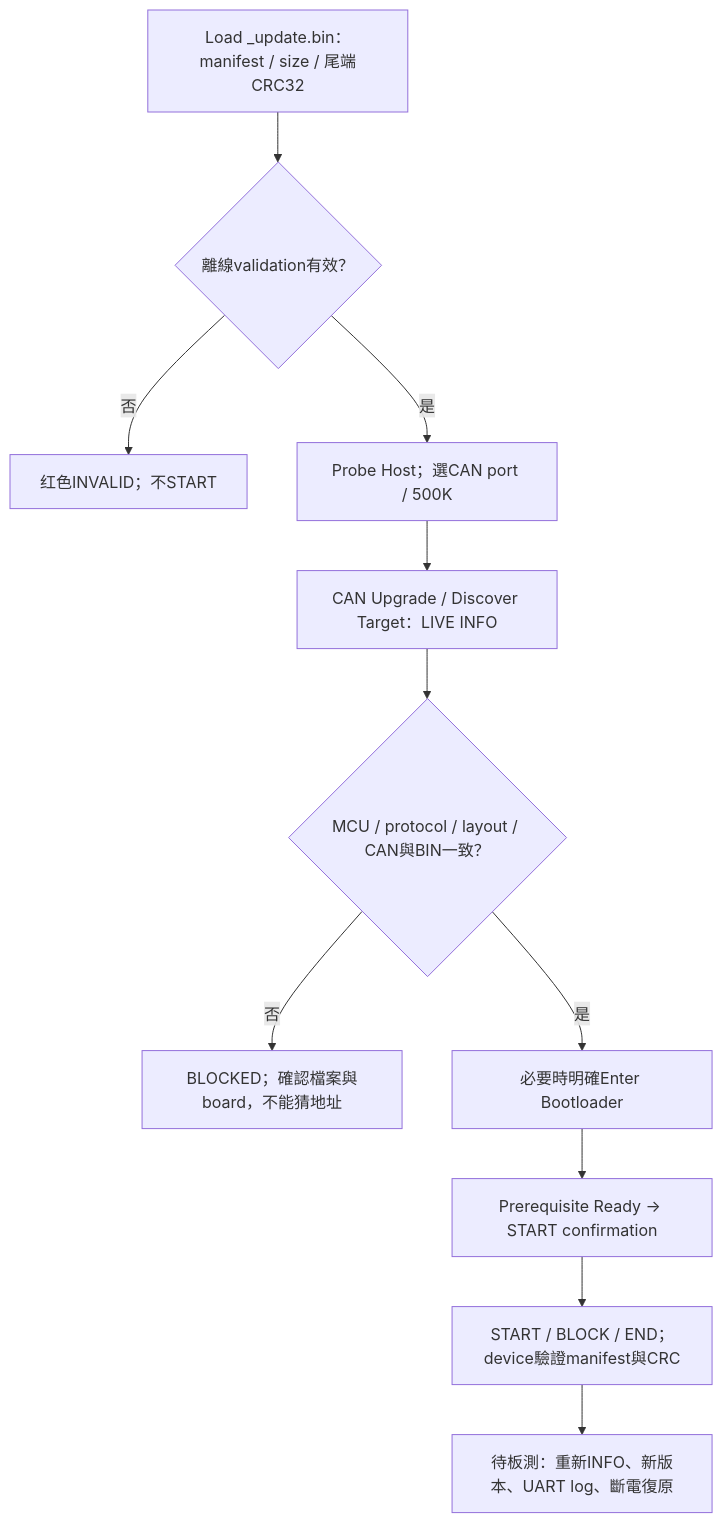
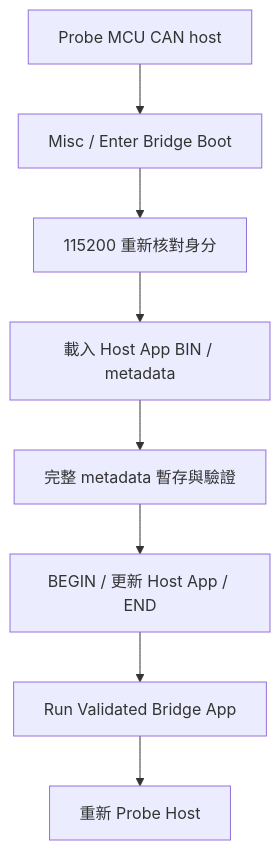
One commit to released/slide_isp_tool_for_RL78 changed diagram 11 of 14 in index.md. Above: the diagram before and after it, drawn with Mermaid. The commit also changed other lines of this file and 2 other files, not shown here.

````diff
--- a/index.md
+++ b/index.md
@@ -1097,13 +558,10 @@
 ```mermaid
 flowchart TD
-    LOAD["Load _update.bin：manifest / size / 尾端CRC32"] --> FILE{"離線validation有效？"}
-    FILE -- 否 --> BAD["红色INVALID；不START"]
-    FILE -- 是 --> HOST["Probe Host；選CAN port / 500K"]
-    HOST --> INFO["CAN Upgrade / Discover Target：LIVE INFO"]
-    INFO --> CHECK{"MCU / protocol / layout / CAN與BIN一致？"}
-    CHECK -- 否 --> BLOCK["BLOCKED；確認檔案與board，不能猜地址"]
-    CHECK -- 是 --> ENTER["必要時明確Enter Bootloader"]
-    ENTER --> READY["Prerequisite Ready → START confirmation"]
-    READY --> UPDATE["START / BLOCK / END；device驗證manifest與CRC"]
-    UPDATE --> VERIFY["待板測：重新INFO、新版本、UART log、斷電復原"]
+    INFO["Probe MCU CAN host"] --> ENTER["Misc / Enter Bridge Boot"]
+    ENTER --> LINK["115200 重新核對身分"]
+    LINK --> IMAGE["載入 Host App BIN / metadata"]
+    IMAGE --> STAGE["完整 metadata 暫存與驗證"]
+    STAGE --> UPDATE["BEGIN / 更新 Host App / END"]
+    UPDATE --> RUN["Run Validated Bridge App"]
+    RUN --> PROBE["重新 Probe Host"]
 ```
````
